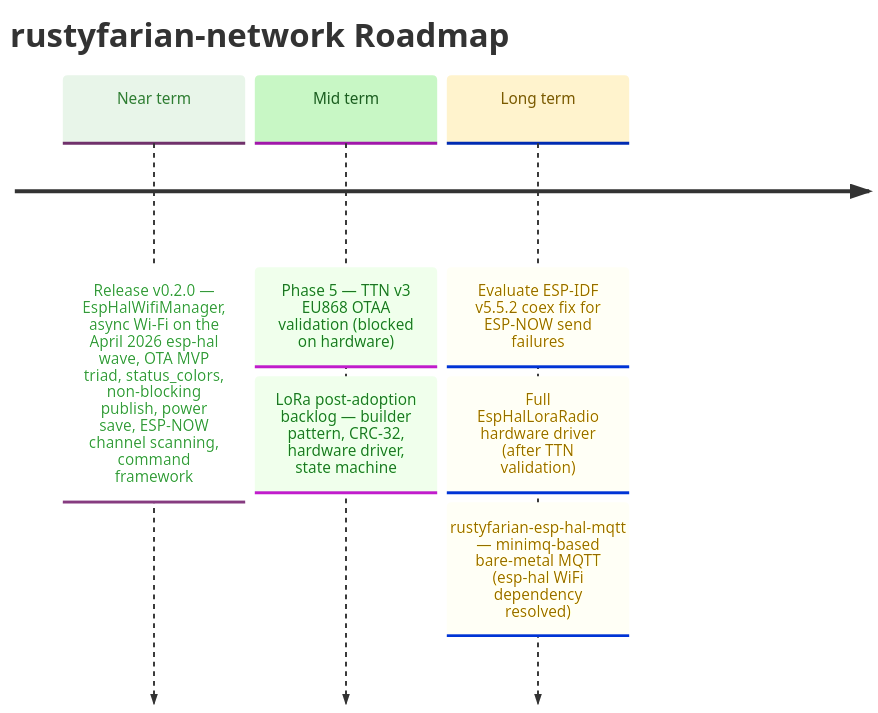
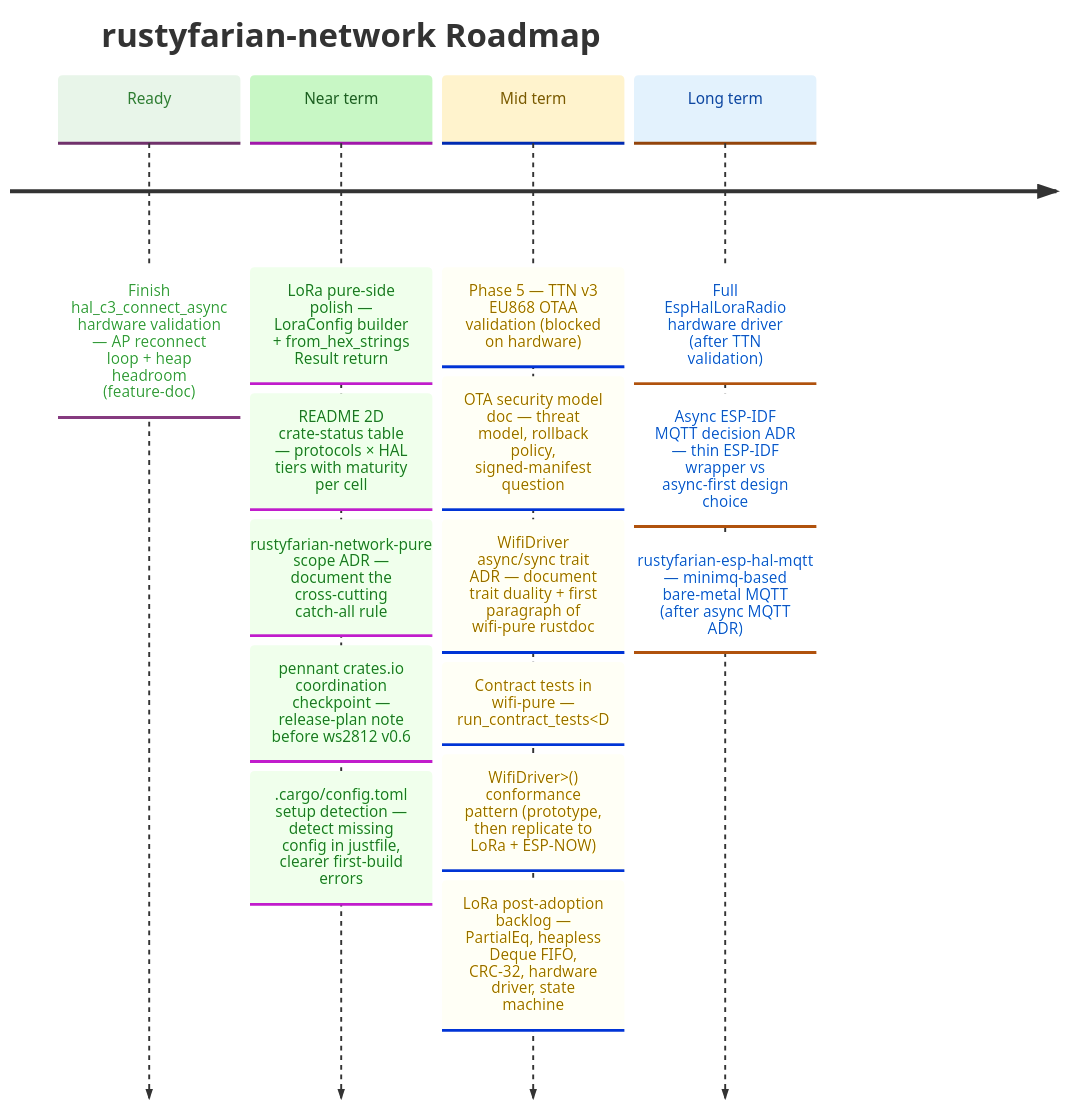
Before and after one commit to datenkollektiv/rustyfarian-network: the diagram in docs/ROADMAP.md, drawn with Mermaid. The commit also changed other lines of this file, not shown here.

Commit message:
Roadmap Hygiene - 2026-05-06

````diff
--- a/docs/ROADMAP.md
+++ b/docs/ROADMAP.md
@@ -11,27 +10,36 @@
 ```mermaid
 %%{init: {
   "theme": "base",
   "themeVariables": {
     "cScale0": "#e8f5e9",
     "cScaleLabel0": "#2e7d32",
     "cScale1": "#c8f7c5",
     "cScaleLabel1": "#1b5e20",
     "cScale2": "#fff3cd",
     "cScaleLabel2": "#7a5a00",
     "cScale3": "#e3f2fd",
     "cScaleLabel3": "#0d47a1"
   }
 }}%%
 
 timeline
     title rustyfarian-network Roadmap
 
-    Near term : Release v0.2.0 — EspHalWifiManager, async Wi-Fi on the April 2026 esp-hal wave, OTA MVP triad, status_colors, non-blocking publish, power save, ESP-NOW channel scanning, command framework
+    Ready     : Finish hal_c3_connect_async hardware validation — AP reconnect loop + heap headroom (feature-doc)
+
+    Near term : LoRa pure-side polish — LoraConfig builder + from_hex_strings Result return
+              : README 2D crate-status table — protocols × HAL tiers with maturity per cell
+              : rustyfarian-network-pure scope ADR — document the cross-cutting catch-all rule
+              : pennant crates.io coordination checkpoint — release-plan note before ws2812 v0.6
+              : .cargo/config.toml setup detection — detect missing config in justfile, clearer first-build errors
 
     Mid term  : Phase 5 — TTN v3 EU868 OTAA validation (blocked on hardware)
-              : LoRa post-adoption backlog — builder pattern, CRC-32, hardware driver, state machine
+              : OTA security model doc — threat model, rollback policy, signed-manifest question
+              : WifiDriver async/sync trait ADR — document trait duality + first paragraph of wifi-pure rustdoc
+              : Contract tests in wifi-pure — run_contract_tests<D: WifiDriver>() conformance pattern (prototype, then replicate to LoRa + ESP-NOW)
+              : LoRa post-adoption backlog — PartialEq, heapless Deque FIFO, CRC-32, hardware driver, state machine
 
-    Long term : Evaluate ESP-IDF v5.5.2 coex fix for ESP-NOW send failures
-              : Full EspHalLoraRadio hardware driver (after TTN validation)
-              : rustyfarian-esp-hal-mqtt — minimq-based bare-metal MQTT (esp-hal WiFi dependency resolved)
+    Long term : Full EspHalLoraRadio hardware driver (after TTN validation)
+              : Async ESP-IDF MQTT decision ADR — thin ESP-IDF wrapper vs async-first design choice
+              : rustyfarian-esp-hal-mqtt — minimq-based bare-metal MQTT (after async MQTT ADR)
 ```
````
